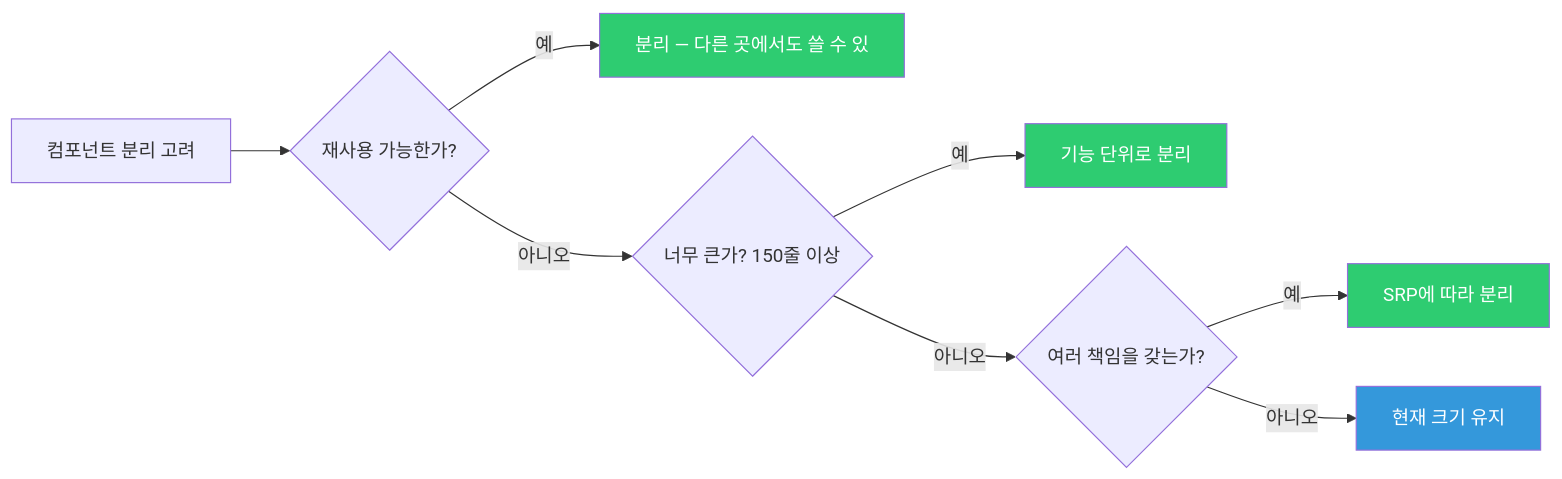
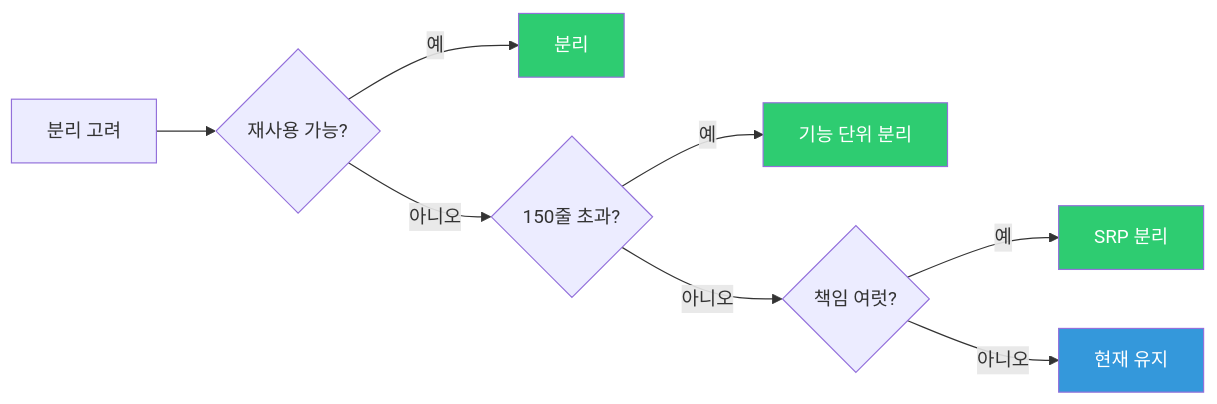
The second of 7 diagrams in _posts/frontend/2026-05-02-frontend-architecture.md (yjkim2015/yjkim2015.github.io), drawn with Mermaid before and after one commit. The commit also changed other lines of this file and 245 other files, not shown here.

First line of the commit message:
Mermaid 다이어그램 전면 수정 + 면접 포인트 접기/펼치기 + DB 데드락 페이지

````diff
--- a/_posts/frontend/2026-05-02-frontend-architecture.md
+++ b/_posts/frontend/2026-05-02-frontend-architecture.md
@@ -40,14 +40,14 @@
 ```mermaid
 flowchart LR
-    A["컴포넌트 분리 고려"] --> B{"재사용 가능한가?"}
-    B -->|"예"| C["분리 — 다른 곳에서도 쓸 수 있"]
-    B -->|"아니오"| D{"너무 큰가? 150줄 이상"}
-    D -->|"예"| E["기능 단위로 분리"]
-    D -->|"아니오"| F{"여러 책임을 갖는가?"}
-    F -->|"예"| G["SRP에 따라 분리"]
-    F -->|"아니오"| H["현재 크기 유지"]
+    A["분리 고려"] --> B{"재사용 가능?"}
+    B -->|"예"| C["분리"]
+    B -->|"아니오"| D{"150줄 초과?"}
+    D -->|"예"| E["기능 단위 분리"]
+    D -->|"아니오"| F{"책임 여럿?"}
+    F -->|"예"| G["SRP 분리"]
+    F -->|"아니오"| H["현재 유지"]
     style C fill:#2ecc71,color:#fff
     style E fill:#2ecc71,color:#fff
     style G fill:#2ecc71,color:#fff
     style H fill:#3498db,color:#fff
 ```
````
